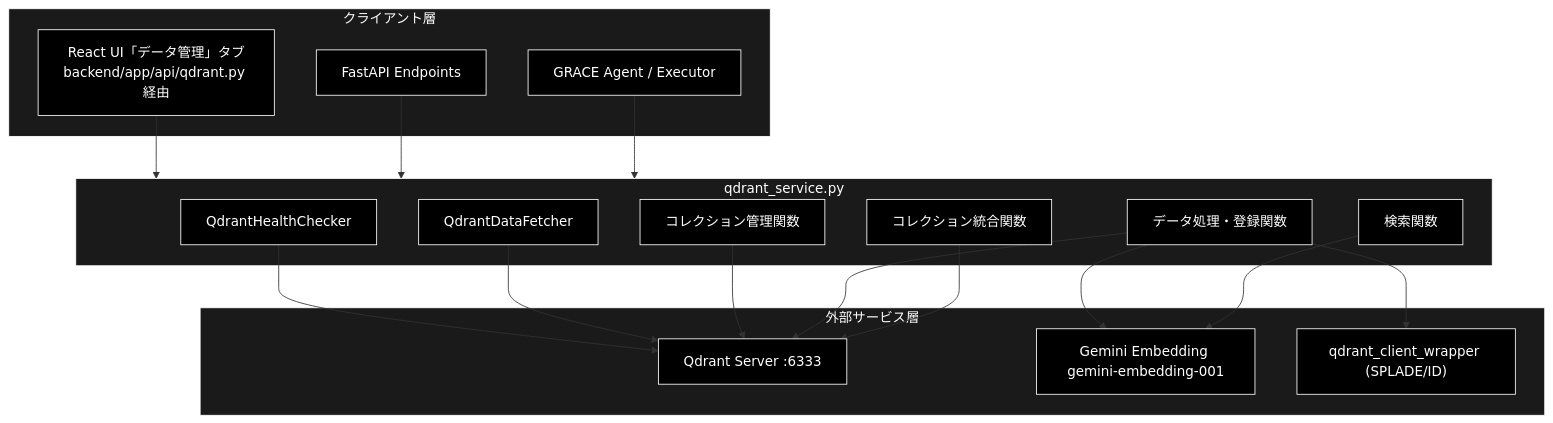
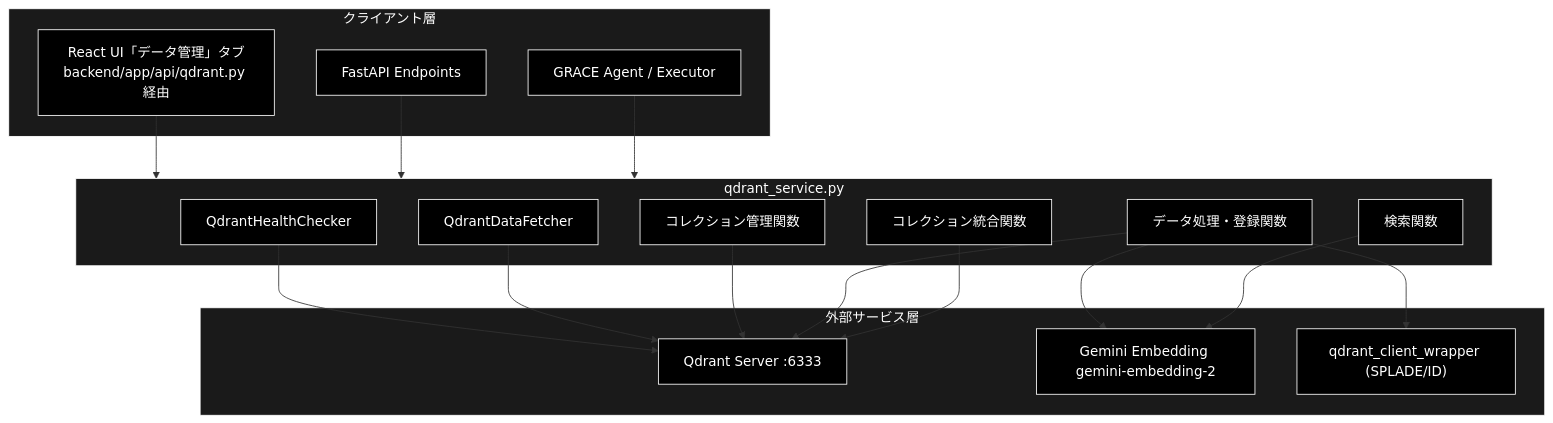
Before and after one commit to nakashima2toshio/grace_v2: the first of 3 diagrams in services/docs/qdrant_service.md, drawn with Mermaid. The commit also changed other lines of this file and 45 other files, not shown here.

First line of the commit message:
docs: 現在の Embedding の記述を gemini-embedding-2 へ是正（約 40 文書）

````diff
--- a/services/docs/qdrant_service.md
+++ b/services/docs/qdrant_service.md
@@ -85,41 +85,41 @@
 ```mermaid
 flowchart TB
     subgraph CLIENT["クライアント層"]
         ST["React UI「データ管理」タブ<br>backend/app/api/qdrant.py 経由"]
         API["FastAPI Endpoints"]
         AGENT["GRACE Agent / Executor"]
     end
 
     subgraph MODULE["qdrant_service.py"]
         HEALTH["QdrantHealthChecker"]
         FETCH["QdrantDataFetcher"]
         MGMT["コレクション管理関数"]
         REG["データ処理・登録関数"]
         SEARCH["検索関数"]
         MERGE["コレクション統合関数"]
     end
 
     subgraph EXTERNAL["外部サービス層"]
         QDRANT["Qdrant Server :6333"]
-        GEMINI["Gemini Embedding gemini-embedding-001"]
+        GEMINI["Gemini Embedding gemini-embedding-2"]
         WRAPPER["qdrant_client_wrapper (SPLADE/ID)"]
     end
 
     ST --> MODULE
     API --> MODULE
     AGENT --> MODULE
     HEALTH --> QDRANT
     FETCH --> QDRANT
     MGMT --> QDRANT
     REG --> QDRANT
     REG --> GEMINI
     REG --> WRAPPER
     SEARCH --> GEMINI
     MERGE --> QDRANT
 classDef default fill:#000,stroke:#fff,color:#fff
 classDef subgraphStyle fill:#1a1a1a,stroke:#fff,color:#fff
 class ST,API,AGENT,HEALTH,FETCH,MGMT,REG,SEARCH,MERGE,QDRANT,GEMINI,WRAPPER default
 style CLIENT fill:#1a1a1a,stroke:#fff,color:#fff
 style MODULE fill:#1a1a1a,stroke:#fff,color:#fff
 style EXTERNAL fill:#1a1a1a,stroke:#fff,color:#fff
 ```
````
